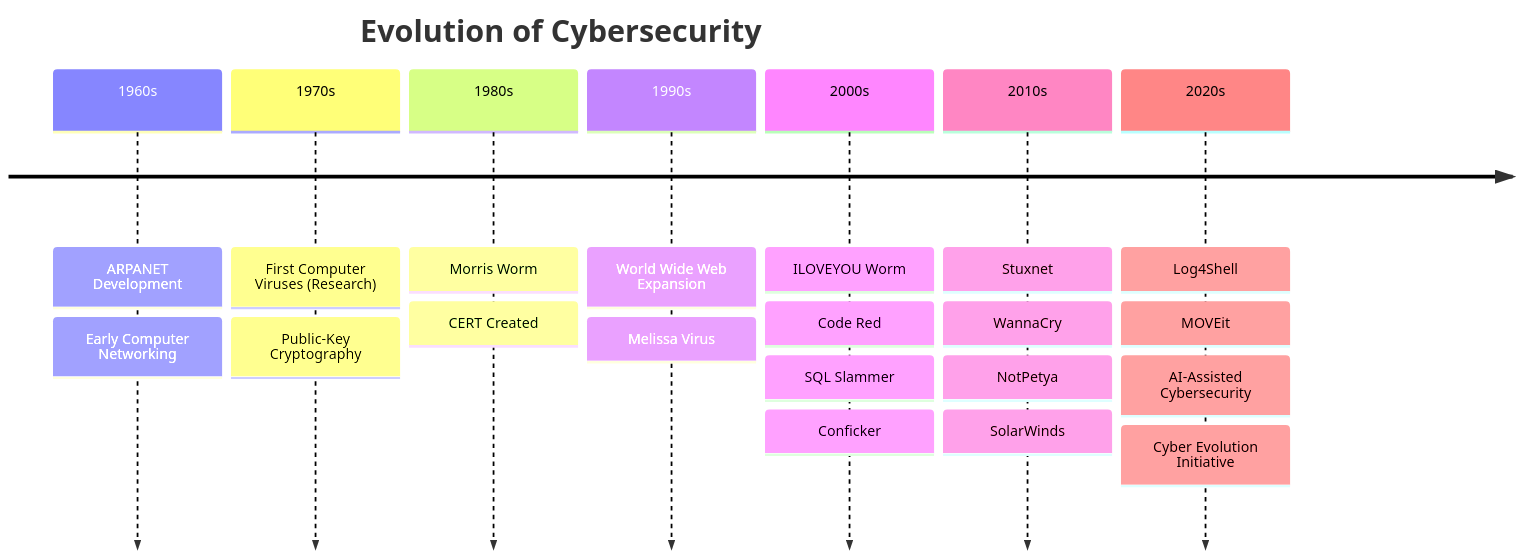
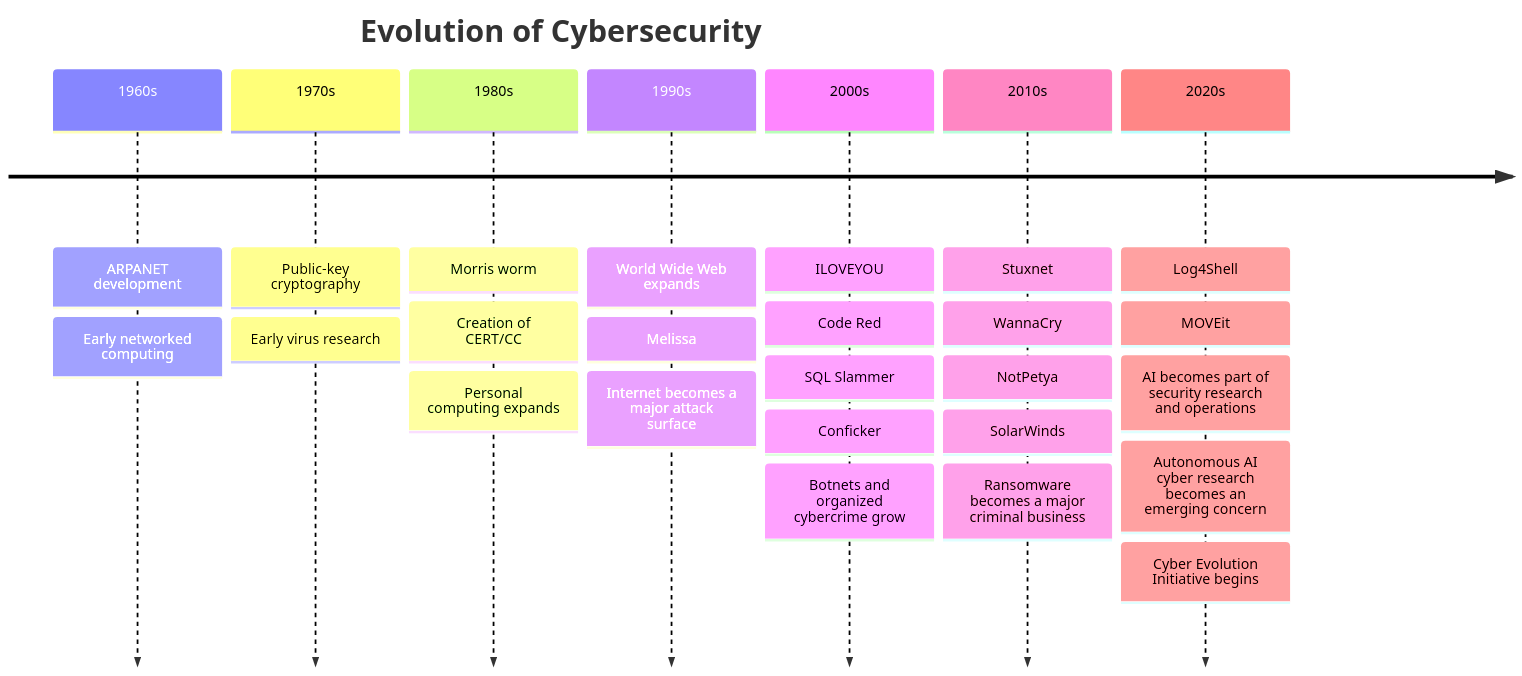
One commit to CCRT2/Cyber-Evolution-Initiative changed the diagram in research/Timelines/TimeLine.md. Above: the diagram before and after it, drawn with Mermaid. The commit also changed other lines of this file, not shown here.

Commit message:
Rewrite high-level cybersecurity timeline

````diff
--- a/research/Timelines/TimeLine.md
+++ b/research/Timelines/TimeLine.md
@@ -3,31 +7,36 @@
 ```mermaid
 timeline
     title Evolution of Cybersecurity
 
-    1960s : ARPANET Development
-            : Early Computer Networking
+    1960s : ARPANET development
+            : Early networked computing
 
-    1970s : First Computer Viruses (Research)
-            : Public-Key Cryptography
+    1970s : Public-key cryptography
+            : Early virus research
 
-    1980s : Morris Worm
-            : CERT Created
+    1980s : Morris worm
+            : Creation of CERT/CC
+            : Personal computing expands
 
-    1990s : World Wide Web Expansion
-            : Melissa Virus
+    1990s : World Wide Web expands
+            : Melissa
+            : Internet becomes a major attack surface
 
-    2000s : ILOVEYOU Worm
+    2000s : ILOVEYOU
             : Code Red
             : SQL Slammer
             : Conficker
+            : Botnets and organized cybercrime grow
 
     2010s : Stuxnet
             : WannaCry
             : NotPetya
             : SolarWinds
+            : Ransomware becomes a major criminal business
 
     2020s : Log4Shell
             : MOVEit
-            : AI-Assisted Cybersecurity
-            : Cyber Evolution Initiative
+            : AI becomes part of security research and operations
+            : Autonomous AI cyber research becomes an emerging concern
+            : Cyber Evolution Initiative begins
 ```
````
